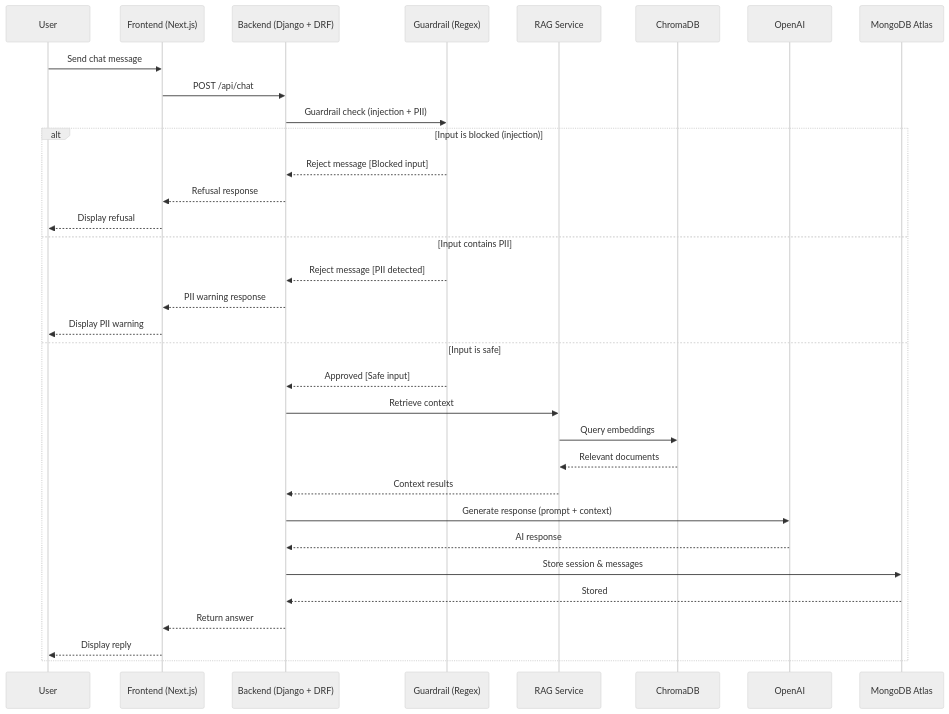
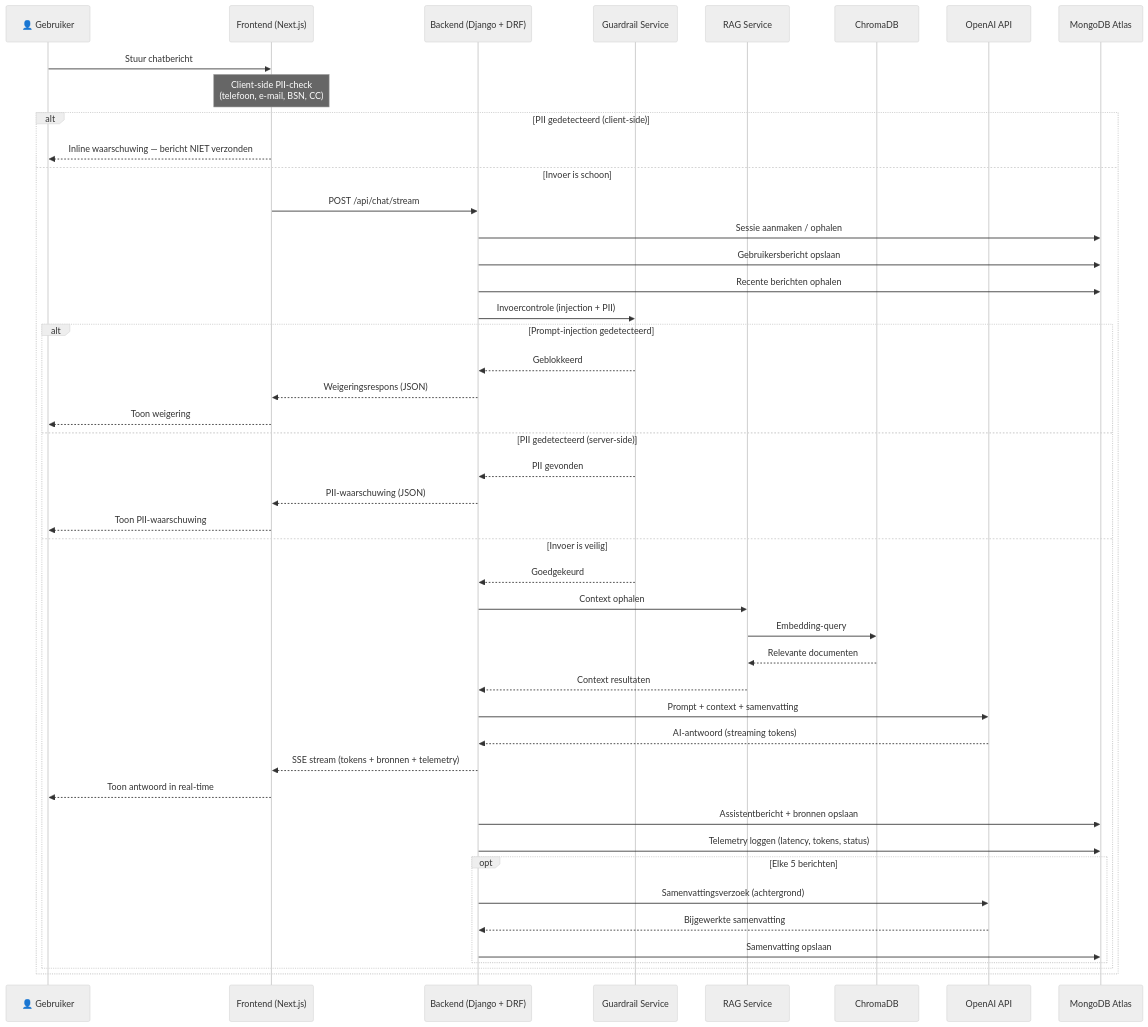
Before and after one commit to Ghostwolf371/Telesur-Chatbot: the second of 2 diagrams in docs/Telebot- Architectuur Document.md, drawn with Mermaid (neutral theme). The commit also changed other lines of this file and 1 other file, not shown here.

````diff
--- a/docs/Telebot- Architectuur Document.md
+++ b/docs/Telebot- Architectuur Document.md
@@ -171,37 +160,58 @@
 ```mermaid
 sequenceDiagram
-    participant User
-    participant Frontend as Frontend (Next.js)
-    participant Backend as Backend (Django + DRF)
-    participant Guardrail as Guardrail (Regex)
+    participant User as 👤 Gebruiker
+    participant FE as Frontend (Next.js)
+    participant BE as Backend (Django + DRF)
+    participant Guard as Guardrail Service
     participant RAG as RAG Service
-    participant ChromaDB
-    participant OpenAI
-    participant MongoDB as MongoDB Atlas
+    participant Chroma as ChromaDB
+    participant LLM as OpenAI API
+    participant DB as MongoDB Atlas
 
-    User->>Frontend: Send chat message
-    Frontend->>Backend: POST /api/chat
-    Backend->>Guardrail: Guardrail check (injection + PII)
-    
-    alt Input is blocked (injection)
-        Guardrail-->>Backend: Reject message [Blocked input]
-        Backend-->>Frontend: Refusal response
-        Frontend-->>User: Display refusal
-    else Input contains PII
-        Guardrail-->>Backend: Reject message [PII detected]
-        Backend-->>Frontend: PII warning response
-        Frontend-->>User: Display PII warning
-    else Input is safe
-        Guardrail-->>Backend: Approved [Safe input]
-        Backend->>RAG: Retrieve context
-        RAG->>ChromaDB: Query embeddings
-        ChromaDB-->>RAG: Relevant documents
-        RAG-->>Backend: Context results
-        Backend->>OpenAI: Generate response (prompt + context)
-        OpenAI-->>Backend: AI response
-        Backend->>MongoDB: Store session & messages
-        MongoDB-->>Backend: Stored
-        Backend-->>Frontend: Return answer
-        Frontend-->>User: Display reply
+    User->>FE: Stuur chatbericht
+
+    Note over FE: Client-side PII-check<br/>(telefoon, e-mail, BSN, CC)
+    alt PII gedetecteerd (client-side)
+        FE-->>User: Inline waarschuwing — bericht NIET verzonden
+    else Invoer is schoon
+        FE->>BE: POST /api/chat/stream
+
+        BE->>DB: Sessie aanmaken / ophalen
+        BE->>DB: Gebruikersbericht opslaan
+        BE->>DB: Recente berichten ophalen
+
+        BE->>Guard: Invoercontrole (injection + PII)
+
+        alt Prompt-injection gedetecteerd
+            Guard-->>BE: Geblokkeerd
+            BE-->>FE: Weigeringsrespons (JSON)
+            FE-->>User: Toon weigering
+        else PII gedetecteerd (server-side)
+            Guard-->>BE: PII gevonden
+            BE-->>FE: PII-waarschuwing (JSON)
+            FE-->>User: Toon PII-waarschuwing
+        else Invoer is veilig
+            Guard-->>BE:  Goedgekeurd
+
+            BE->>RAG: Context ophalen
+            RAG->>Chroma: Embedding-query
+            Chroma-->>RAG: Relevante documenten
+            RAG-->>BE: Context resultaten
+
+            BE->>LLM: Prompt + context + samenvatting
+            LLM-->>BE: AI-antwoord (streaming tokens)
+
+            BE-->>FE: SSE stream (tokens + bronnen + telemetry)
+            FE-->>User: Toon antwoord in real-time
+
+            BE->>DB: Assistentbericht + bronnen opslaan
+            BE->>DB: Telemetry loggen (latency, tokens, status)
+
+            opt Elke 5 berichten
+                BE->>LLM: Samenvattingsverzoek (achtergrond)
+                LLM-->>BE: Bijgewerkte samenvatting
+                BE->>DB: Samenvatting opslaan
+            end
+        end
     end
 ```
````
